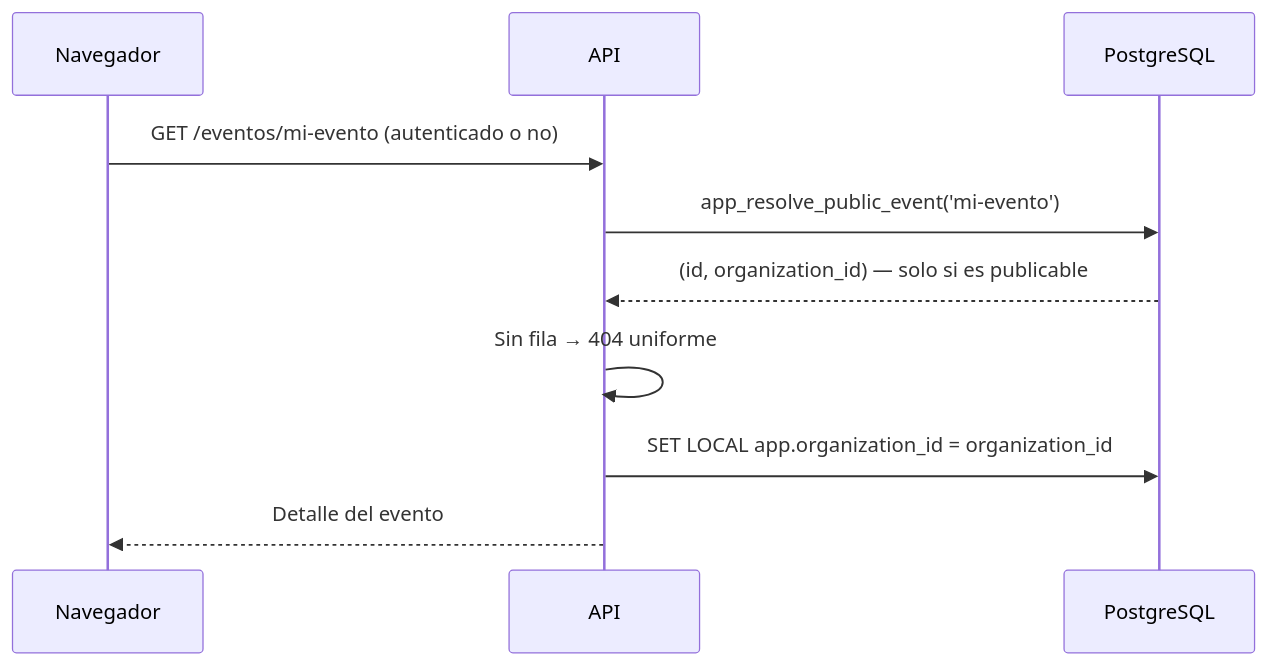
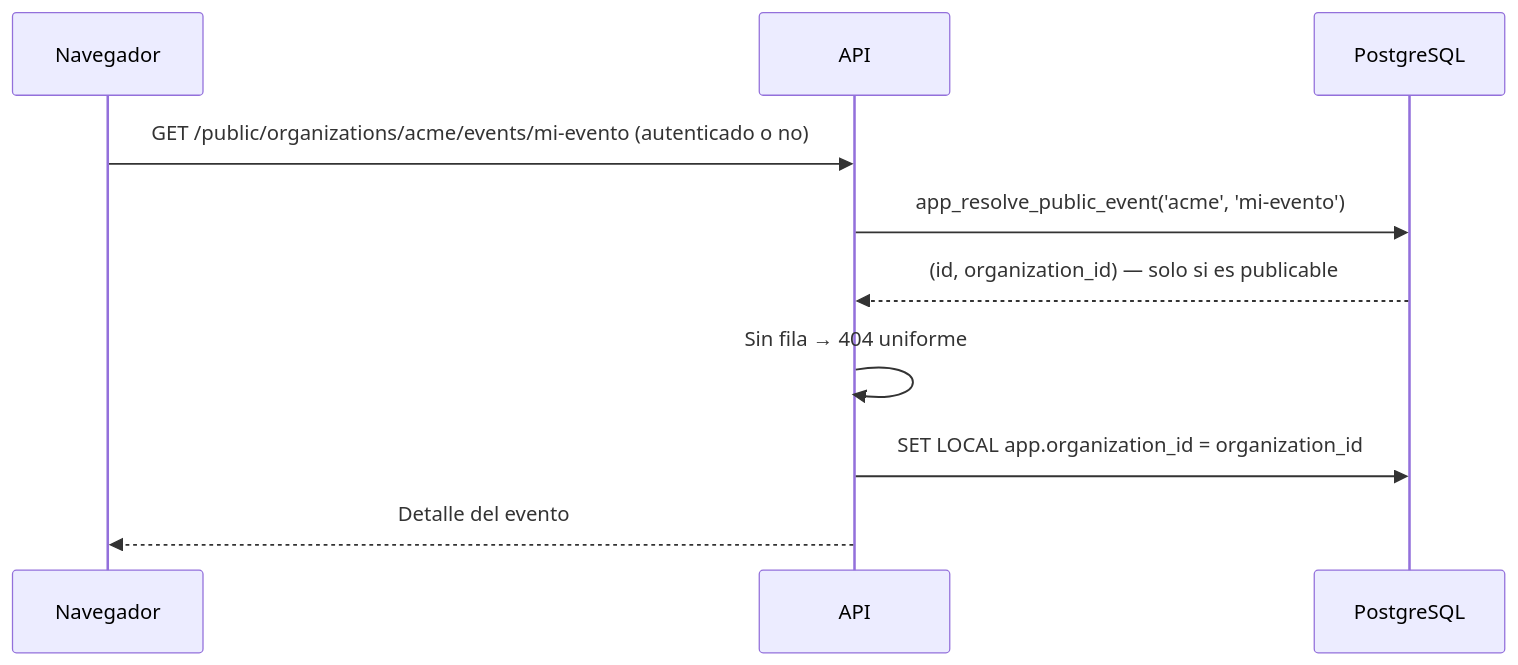
The second of 2 diagrams in docs/arquitectura.md (yosnap/eventarium), drawn with Mermaid before and after one commit. The commit also changed other lines of this file and 15 other files, not shown here.

````diff
--- a/docs/arquitectura.md
+++ b/docs/arquitectura.md
@@ -124,13 +149,13 @@
 ```mermaid
 sequenceDiagram
   participant N as Navegador
   participant A as API
   participant D as PostgreSQL
 
-  N->>A: GET /eventos/mi-evento (autenticado o no)
-  A->>D: app_resolve_public_event('mi-evento')
+  N->>A: GET /public/organizations/acme/events/mi-evento (autenticado o no)
+  A->>D: app_resolve_public_event('acme', 'mi-evento')
   D-->>A: (id, organization_id) — solo si es publicable
   A->>A: Sin fila → 404 uniforme
   A->>D: SET LOCAL app.organization_id = organization_id
   A-->>N: Detalle del evento
 ```
````
